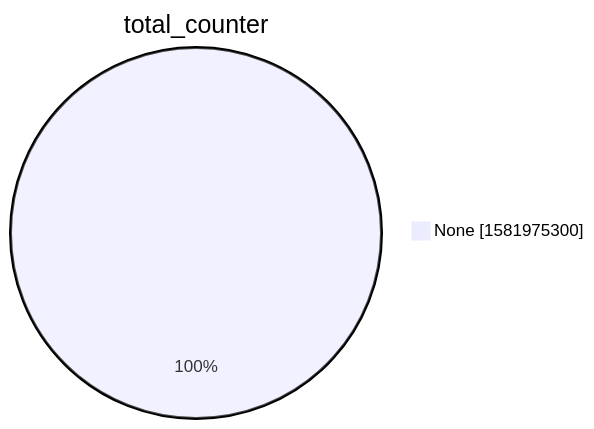
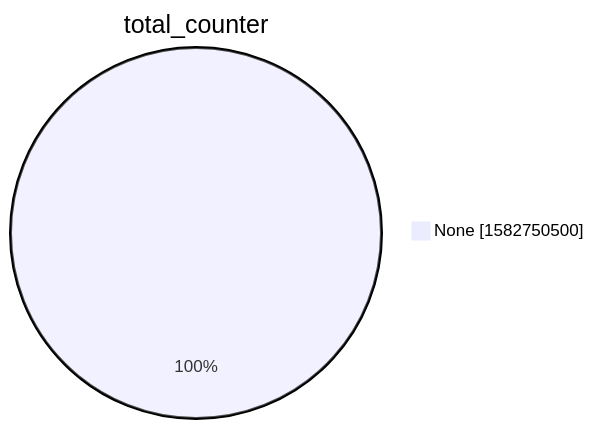
The second of 15 diagrams in xenon2022/README.md (christiankrug/ctmonitor_visualization), drawn with Mermaid before and after one commit. The commit also changed other lines of this file, not shown here.

````diff
--- a/xenon2022/README.md
+++ b/xenon2022/README.md
@@ -9,5 +9,5 @@
 ```mermaid
 pie showData
 title total_counter
-"None" :1581975300
+"None" :1582750500
 ```
````
